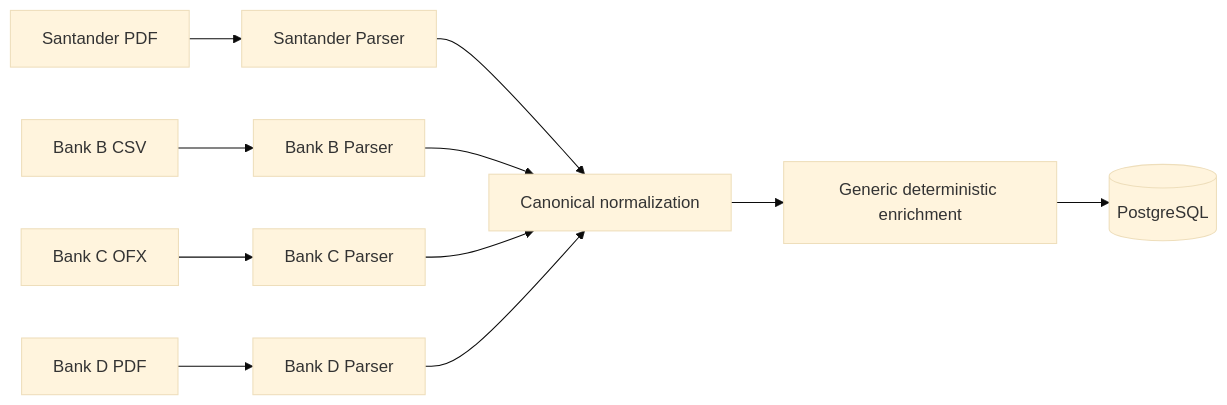
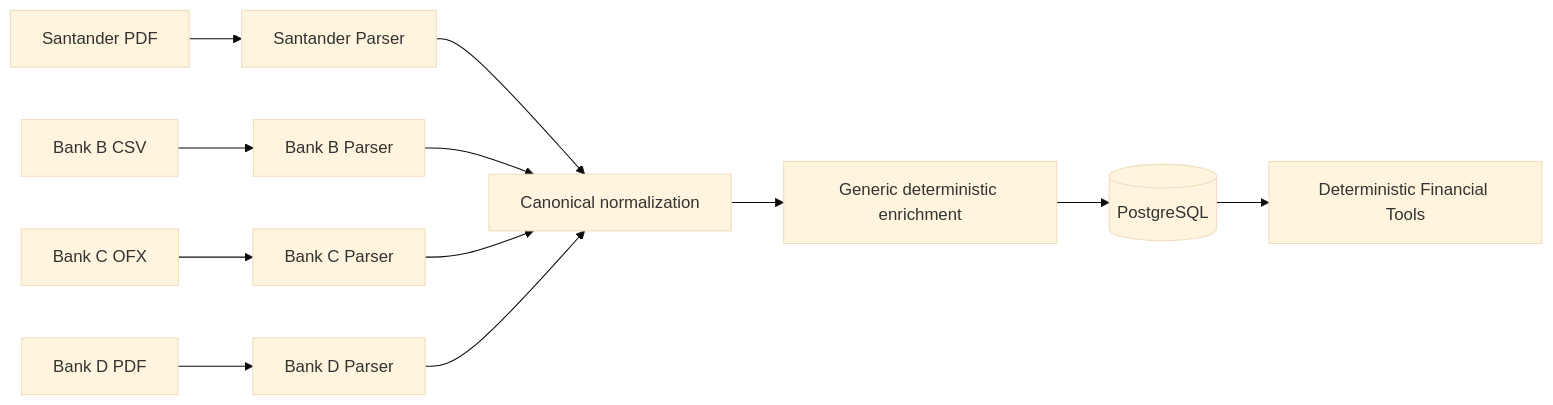
One commit to daniel-carneiro-nascimento/sherlock-home changed the second of 2 diagrams in docs/financial-data-flow.md. Above: the diagram before and after it, drawn with Mermaid (base theme). The commit also changed other lines of this file and 4 other files, not shown here.

Commit message:
Prepare documentation for deterministic financial tools

````diff
--- a/docs/financial-data-flow.md
+++ b/docs/financial-data-flow.md
@@ -123,15 +193,16 @@
 ```mermaid
 flowchart LR
     A[Santander PDF] --> AP[Santander Parser]
     B[Bank B CSV] --> BP[Bank B Parser]
     C[Bank C OFX] --> CP[Bank C Parser]
     D[Bank D PDF] --> DP[Bank D Parser]
 
     AP --> NORM[Canonical normalization]
     BP --> NORM
     CP --> NORM
     DP --> NORM
 
     NORM --> ENRICH[Generic deterministic enrichment]
     ENRICH --> DB[(PostgreSQL)]
+    DB --> TOOLS[Deterministic Financial Tools]
 ```
````
